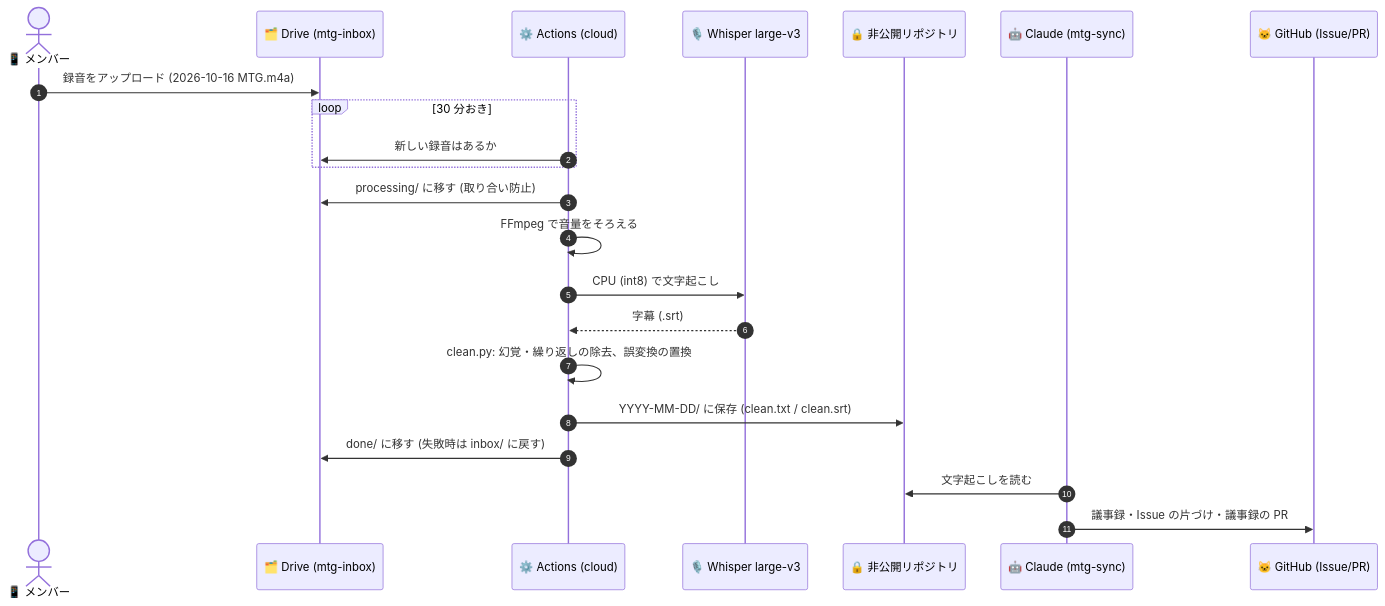
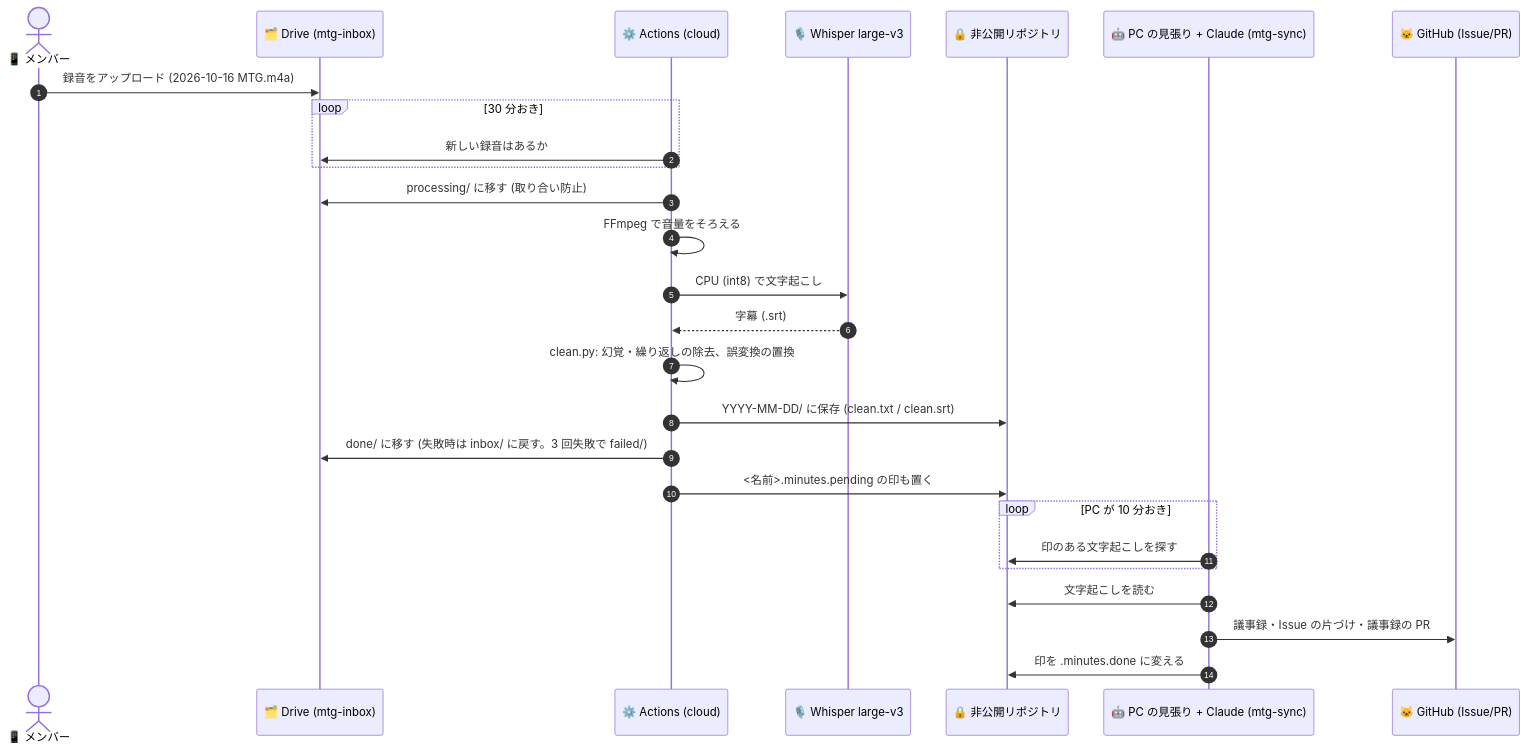
One commit to Fialuxe/MouthOfGod_System changed the second of 4 diagrams in docs/system-overview.md. Above: the diagram before and after it, drawn with Mermaid. The commit also changed other lines of this file and 8 other files, not shown here.

````diff
--- a/docs/system-overview.md
+++ b/docs/system-overview.md
@@ -114,25 +114,30 @@
 ```mermaid
 sequenceDiagram
   autonumber
   actor M as 📱 メンバー
   participant D as 🗂️ Drive (mtg-inbox)
   participant A as ⚙️ Actions (cloud)
   participant W as 🎙️ Whisper large-v3
   participant P as 🔒 非公開リポジトリ
-  participant C as 🤖 Claude (mtg-sync)
+  participant C as 🤖 PC の見張り + Claude (mtg-sync)
   participant G as 🐱 GitHub (Issue/PR)
 
   M->>D: 録音をアップロード (2026-10-16 MTG.m4a)
   loop 30 分おき
     A->>D: 新しい録音はあるか
   end
   A->>D: processing/ に移す (取り合い防止)
   A->>A: FFmpeg で音量をそろえる
   A->>W: CPU (int8) で文字起こし
   W-->>A: 字幕 (.srt)
   A->>A: clean.py: 幻覚・繰り返しの除去、誤変換の置換
   A->>P: YYYY-MM-DD/ に保存 (clean.txt / clean.srt)
-  A->>D: done/ に移す (失敗時は inbox/ に戻す)
+  A->>D: done/ に移す (失敗時は inbox/ に戻す。3 回失敗で failed/)
+  A->>P: <名前>.minutes.pending の印も置く
+  loop PC が 10 分おき
+    C->>P: 印のある文字起こしを探す
+  end
   C->>P: 文字起こしを読む
   C->>G: 議事録・Issue の片づけ・議事録の PR
+  C->>P: 印を .minutes.done に変える
 ```
````
